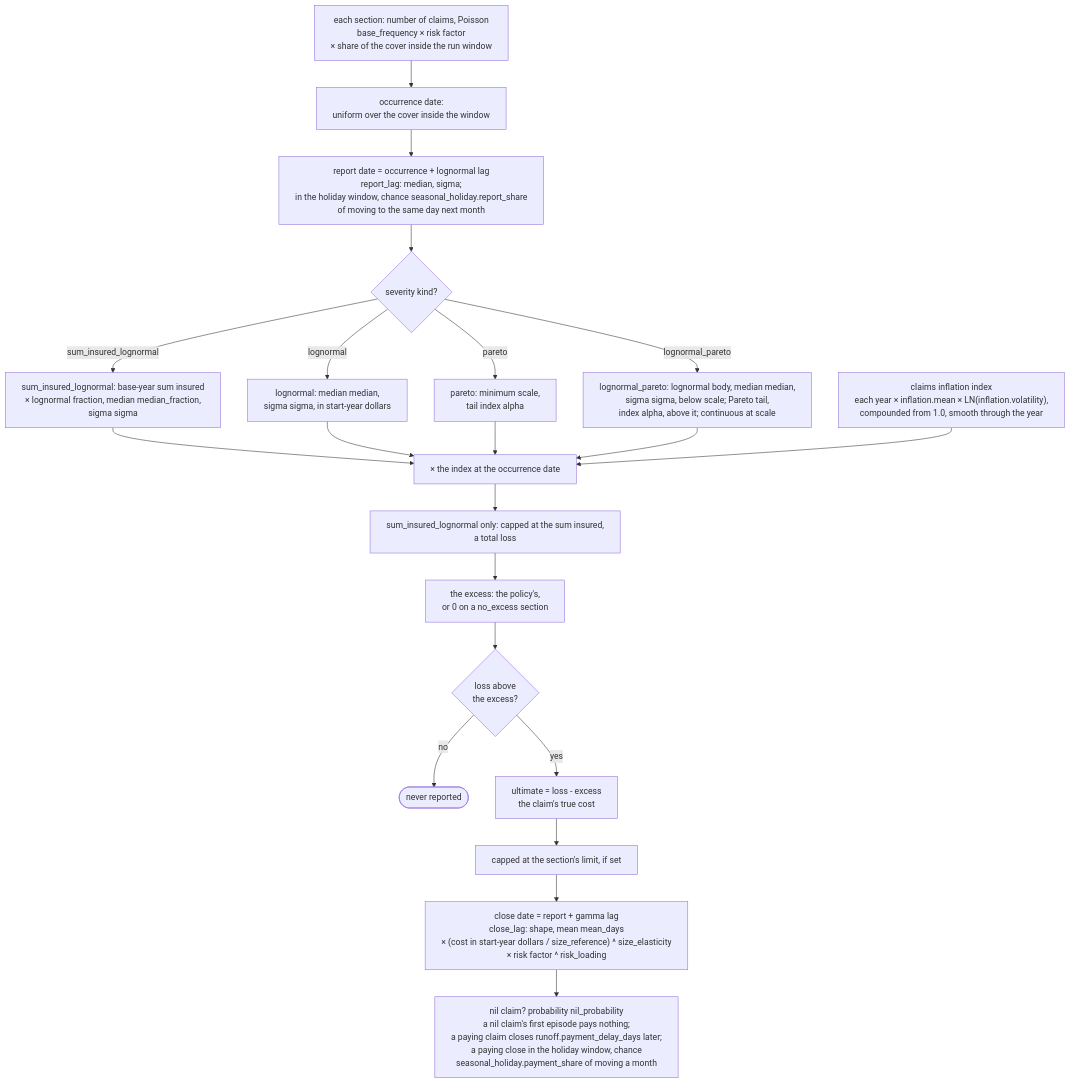
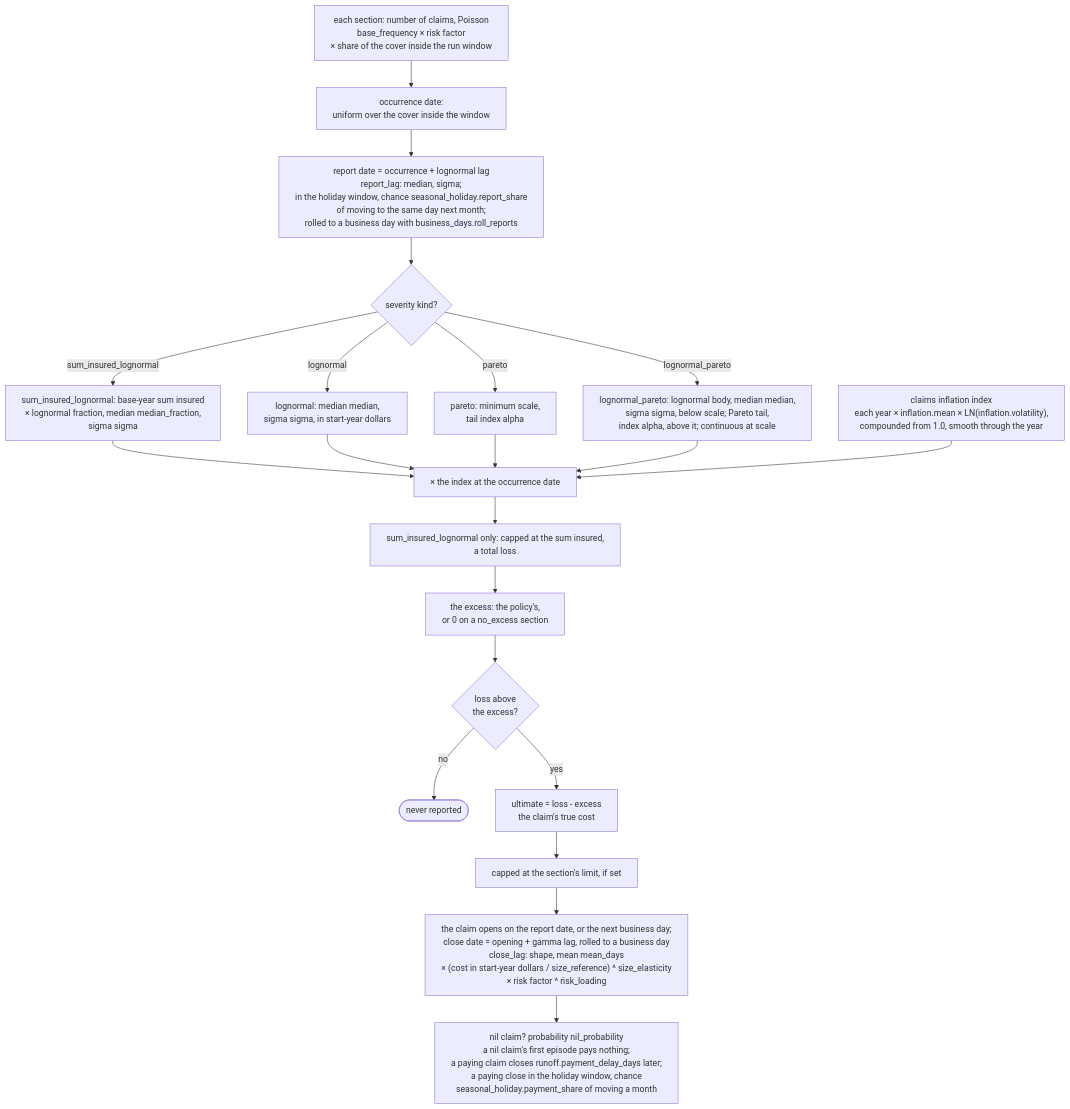
One commit to le-marais/claims-data-generator changed the fourth of 10 diagrams in README.md. Above: the diagram before and after it, drawn with Mermaid. The commit also changed other lines of this file and 23 other files, not shown here.

First line of the commit message:
Process claims on business days, with US, UK and South African calendars (#38)

````diff
--- a/README.md
+++ b/README.md
@@ -155,35 +155,35 @@
 ```mermaid
 %%{init: {"flowchart": {"wrappingWidth": 480}}}%%
 flowchart TD
     count["each section: number of claims, Poisson<br/>base_frequency × risk factor<br/>× share of the cover inside the run window"]
     occurrence["occurrence date:<br/>uniform over the cover inside the window"]
-    report["report date = occurrence + lognormal lag<br/>report_lag: median, sigma;<br/>in the holiday window, chance seasonal_holiday.report_share<br/>of moving to the same day next month"]
+    report["report date = occurrence + lognormal lag<br/>report_lag: median, sigma;<br/>in the holiday window, chance seasonal_holiday.report_share<br/>of moving to the same day next month;<br/>rolled to a business day with business_days.roll_reports"]
     kind{"severity kind?"}
     siLoss["sum_insured_lognormal: base-year sum insured<br/>× lognormal fraction, median median_fraction,<br/>sigma sigma"]
     lognormalLoss["lognormal: median median,<br/>sigma sigma, in start-year dollars"]
     paretoLoss["pareto: minimum scale,<br/>tail index alpha"]
     splicedLoss["lognormal_pareto: lognormal body, median median,<br/>sigma sigma, below scale; Pareto tail,<br/>index alpha, above it; continuous at scale"]
     index["claims inflation index<br/>each year × inflation.mean × LN(inflation.volatility),<br/>compounded from 1.0, smooth through the year"]
     trended["× the index at the occurrence date"]
     cap["sum_insured_lognormal only: capped at the sum insured,<br/>a total loss"]
     excess["the excess: the policy's,<br/>or 0 on a no_excess section"]
     pierce{"loss above<br/>the excess?"}
     dropped(["never reported"])
     ultimate["ultimate = loss - excess<br/>the claim's true cost"]
     limitCap["capped at the section's limit, if set"]
-    closeDate["close date = report + gamma lag<br/>close_lag: shape, mean mean_days<br/>× (cost in start-year dollars / size_reference) ^ size_elasticity<br/>× risk factor ^ risk_loading"]
+    closeDate["the claim opens on the report date, or the next business day;<br/>close date = opening + gamma lag, rolled to a business day<br/>close_lag: shape, mean mean_days<br/>× (cost in start-year dollars / size_reference) ^ size_elasticity<br/>× risk factor ^ risk_loading"]
     nilFlag["nil claim? probability nil_probability<br/>a nil claim's first episode pays nothing;<br/>a paying claim closes runoff.payment_delay_days later;<br/>a paying close in the holiday window, chance<br/>seasonal_holiday.payment_share of moving a month"]
     count --> occurrence --> report --> kind
     kind -- "sum_insured_lognormal" --> siLoss
     kind -- "lognormal" --> lognormalLoss
     kind -- "pareto" --> paretoLoss
     kind -- "lognormal_pareto" --> splicedLoss
     siLoss --> trended
     lognormalLoss --> trended
     paretoLoss --> trended
     splicedLoss --> trended
     index --> trended
     trended --> cap --> excess --> pierce
     pierce -- "no" --> dropped
     pierce -- "yes" --> ultimate --> limitCap --> closeDate --> nilFlag
 ```
````
